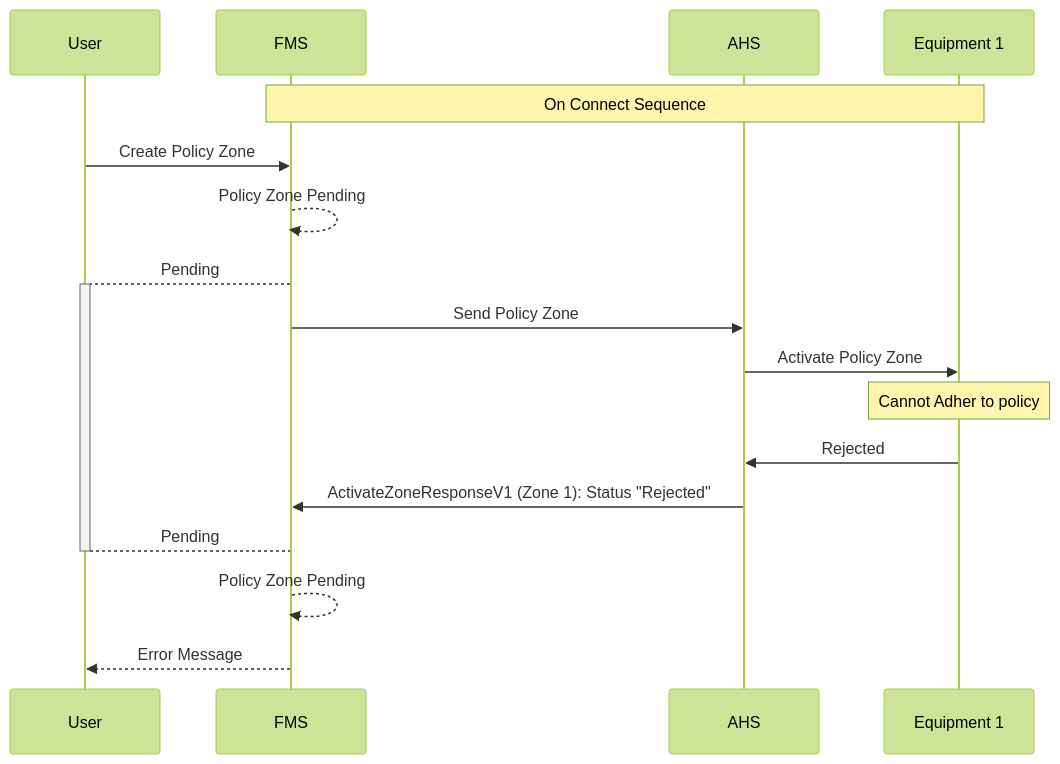
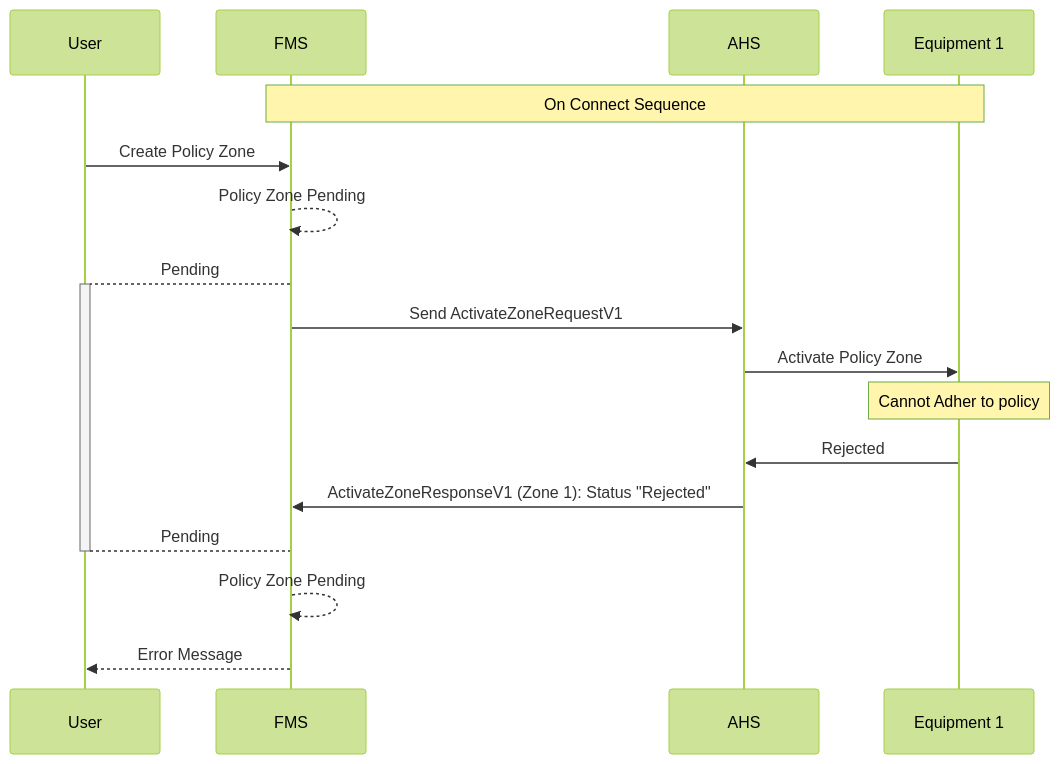
One commit to open-autonomy/zone changed the fourth of 6 diagrams in diagram/SequenceDiagrams.md. Above: the diagram before and after it, drawn with Mermaid (forest theme). The commit also changed other lines of this file, not shown here.

Commit message:
added more sequence diagrams

````diff
--- a/diagram/SequenceDiagrams.md
+++ b/diagram/SequenceDiagrams.md
@@ -102,20 +125,20 @@
 ```mermaid
 sequenceDiagram
     participant User
     participant FMS
     participant AHS
     participant Equipment 1
 
     Note over FMS,Equipment 1: On Connect Sequence
     User->>FMS: Create Policy Zone
     FMS-->>FMS: Policy Zone Pending
     FMS-->+User: Pending
-    FMS->>AHS: Send Policy Zone
+    FMS->>AHS: Send ActivateZoneRequestV1
     AHS->>Equipment 1: Activate Policy Zone
     Note Over Equipment 1: Cannot Adher to policy
     Equipment 1->>AHS: Rejected
     AHS->>FMS: ActivateZoneResponseV1 (Zone 1): Status "Rejected"
     User-->-FMS: Pending
     FMS-->>FMS: Policy Zone Pending
     FMS-->>User: Error Message
 ```
````
